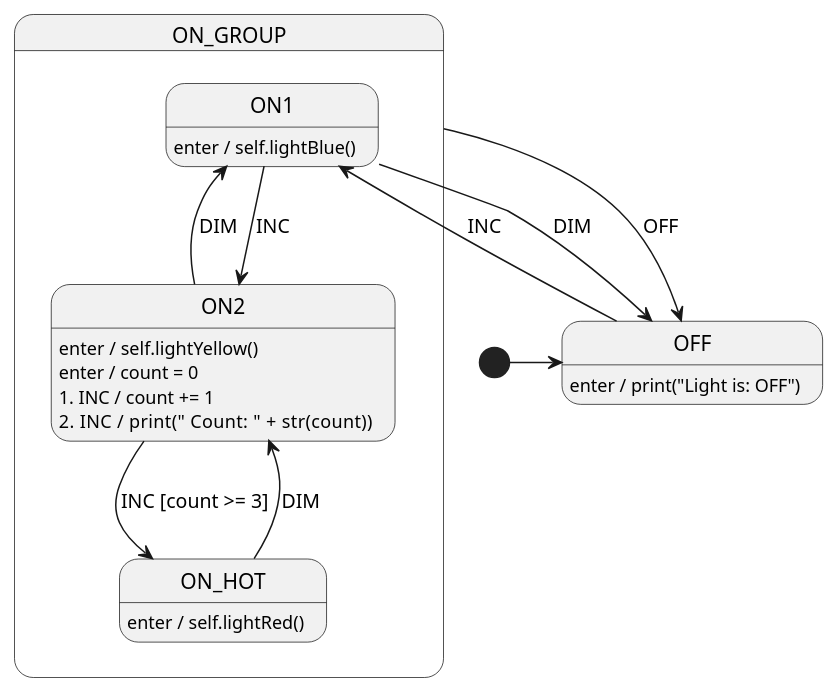
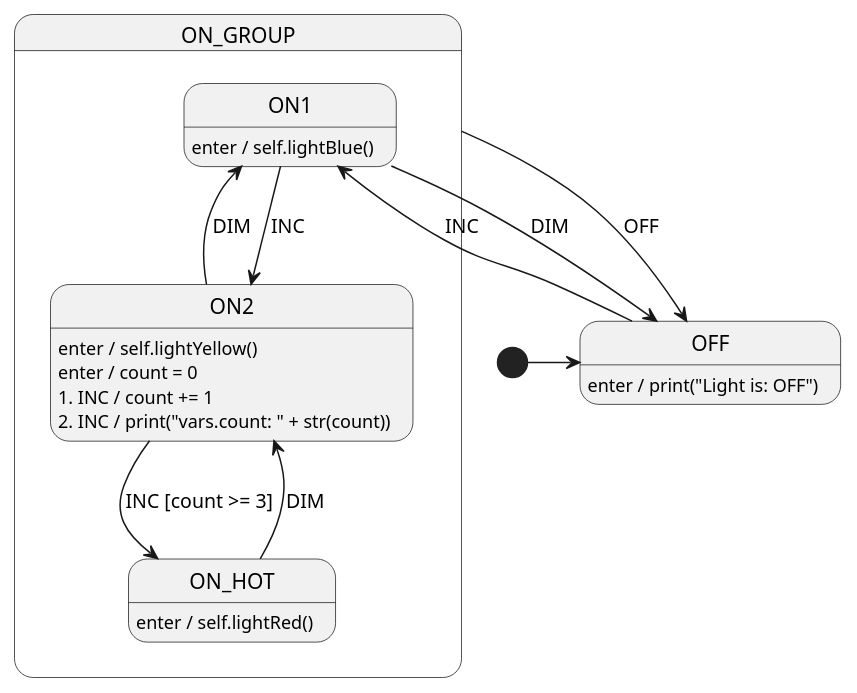
The diagram in lesson-4/python/LightSm.plantuml (StateSmith/tutorial-3), drawn with PlantUML before and after one commit. The commit also changed 4 other files, not shown here.

```diff
--- a/lesson-4/python/LightSm.plantuml
+++ b/lesson-4/python/LightSm.plantuml
@@ -1,56 +1,56 @@
 @startuml LightSm
 
 ' //////////////////////// STATE ORGANIZATION ///////////////////////
 ' Note: StateSmith treats state names and events as case insensitive.
 ' More info: https://github.com/StateSmith/StateSmith/wiki/PlantUML
 
 state OFF
 state ON_GROUP {
     state ON1
     state ON2
     state ON_HOT
 }
 
 [*] -> OFF
 
 ' ///////////////////////// STATE HANDLERS /////////////////////////
 ' Syntax: https://github.com/StateSmith/StateSmith/wiki/Behaviors
 
 OFF: enter / print("Light is: OFF")
 OFF --> ON1: INC
 
 ON_GROUP --> OFF : OFF
 
 ON1: enter / self.lightBlue()
 ON1 --> ON2: INC
 ON1 --> OFF: DIM
 
 ON2: enter / self.lightYellow()
 ON2: enter / count = 0
 ON2: 1. INC / count += 1
-ON2: 2. INC / print("    Count: " + str(count))
+ON2: 2. INC / print("vars.count: " + str(count))
 ON2 --> ON_HOT: INC [count >= 3]
 ON2 --> ON1: DIM
 
 ON_HOT: enter / self.lightRed()
 ON_HOT --> ON2: DIM
 
 ' //////////////////////// StateSmith config ////////////////////////
 ' The below special comment block sets the StateSmith configuration.
 ' More info: https://github.com/StateSmith/StateSmith/issues/335
 
 /'! $CONFIG : toml
 SmRunnerSettings.transpilerId = "Python"
 
 [RenderConfig]
 AutoExpandedVars = """
     self.count = 0  # this var can be referenced in diagram
     """
 
 [RenderConfig.Python]
 Imports = """
     from LightSmBase import LightSmBase
     """
 Extends = "LightSmBase"
 '/
 @enduml
```
